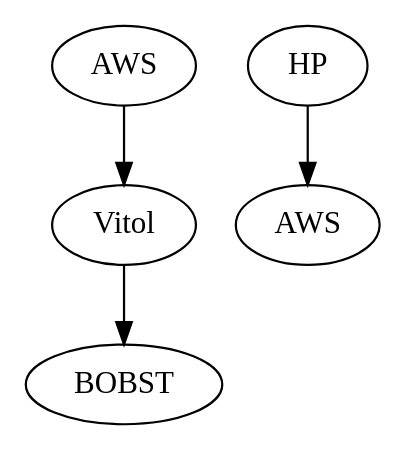
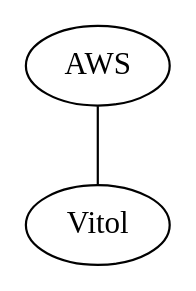
Before and after one commit to SolomonTracker/bobstracker: the diagram in demo/.graph.gv, drawn with Graphviz. The commit also changed 10 other files, not shown here.

```diff
--- a/demo/.graph.gv
+++ b/demo/.graph.gv
@@ -1,11 +1,6 @@
 // Package Life Graph
-digraph {
+graph {
 	00 [label=AWS]
 	01 [label=Vitol]
-	00 -> 01
-	02 [label=BOBST]
-	01 -> 02
-	10 [label=HP]
-	11 [label=AWS]
-	10 -> 11
+	00 -- 01
 }
```
